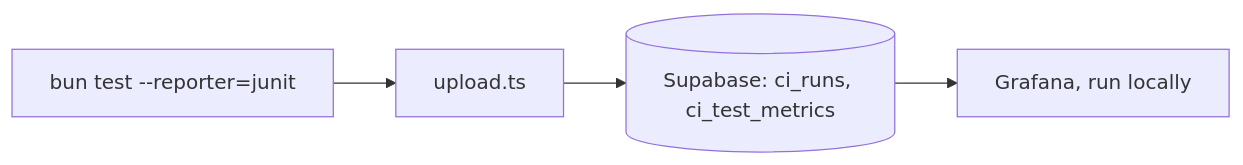
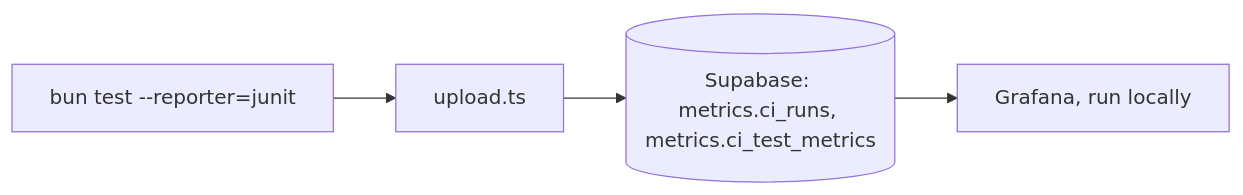
The diagram in scripts/ci-metrics/README.md (dwjohnston/thunderjar), drawn with Mermaid before and after one commit. The commit also changed other lines of this file and 3 other files, not shown here.

Commit message:
♻️ Add create-tables.ts, run by hand; read the dashboard as metrics_dashboard from the metrics schema

````diff
--- a/scripts/ci-metrics/README.md
+++ b/scripts/ci-metrics/README.md
@@ -10,4 +10,4 @@
 ```mermaid
 flowchart LR
-  A["bun test --reporter=junit"] --> B["upload.ts"] --> C[("Supabase: ci_runs, ci_test_metrics")] --> D["Grafana, run locally"]
+  A["bun test --reporter=junit"] --> B["upload.ts"] --> C[("Supabase: metrics.ci_runs, metrics.ci_test_metrics")] --> D["Grafana, run locally"]
 ```
````
